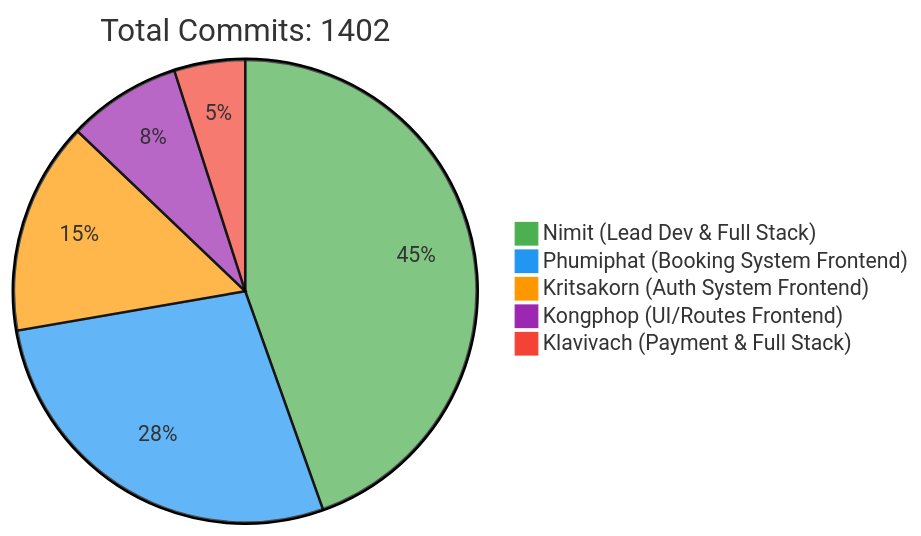
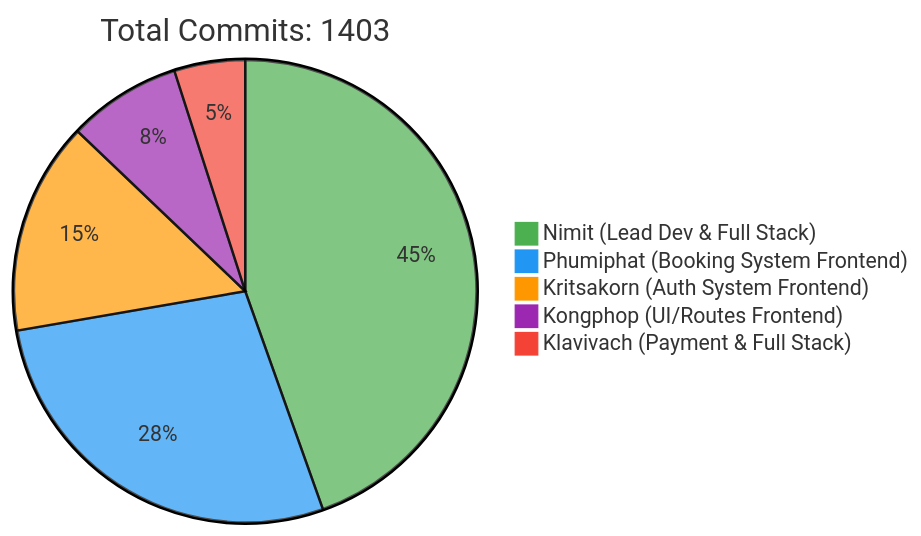
The first of 2 diagrams in README.md (6531503042/Sport-Complex), drawn with Mermaid before and after one commit. The commit also changed other lines of this file, not shown here.

Commit message:
docs: Update contributor statistics [skip ci]

````diff
--- a/README.md
+++ b/README.md
@@ -257,10 +257,10 @@
 ```mermaid
 %%{init: {'theme': 'base', 'themeVariables': { 'pie1': '#4CAF50', 'pie2': '#2196F3', 'pie3': '#FF9800', 'pie4': '#9C27B0', 'pie5': '#F44336'}}}%%
 pie
-    title Total Commits: 1402
+    title Total Commits: 1403
     "Nimit (Lead Dev & Full Stack)" : 450
     "Phumiphat (Booking System Frontend)" : 280
     "Kritsakorn (Auth System Frontend)" : 150
     "Kongphop (UI/Routes Frontend)" : 80
     "Klavivach (Payment & Full Stack)" : 50
 ```
````
